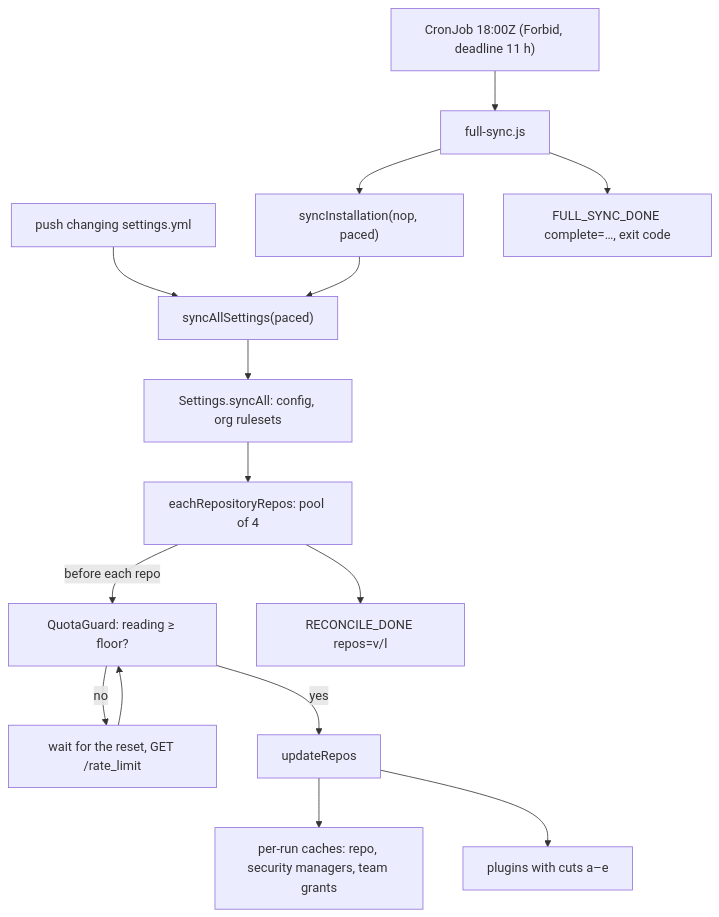
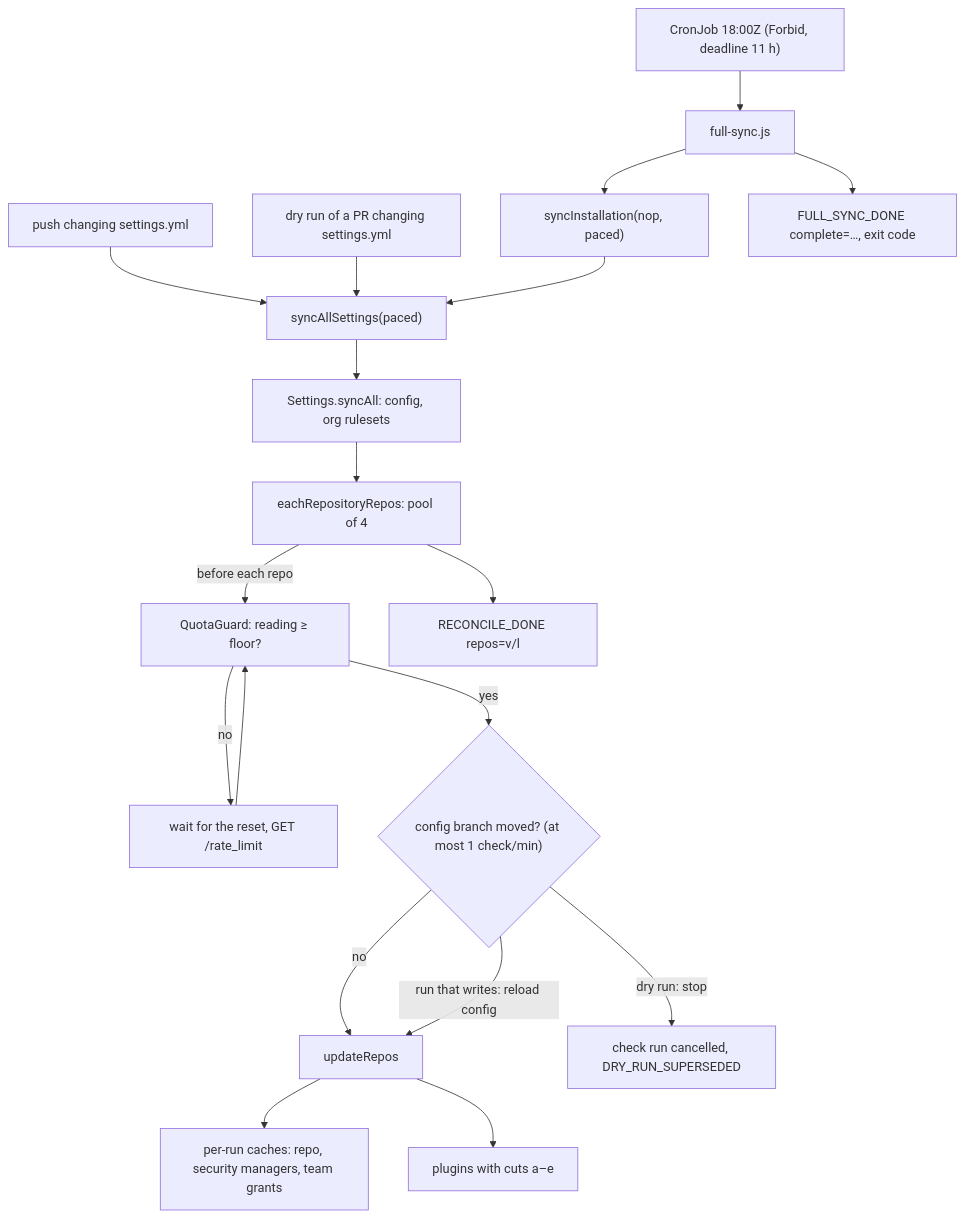
One commit to tomtom-forks/safe-settings changed the third of 4 diagrams in docs/sdlc/changes/2026-11-23-cron-sync-quota/change-design.md. Above: the diagram before and after it, drawn with Mermaid. The commit also changed other lines of this file, not shown here.

First line of the commit message:
docs(cron-quota): pace settings.yml PR dry runs and stop superseded ones

````diff
--- a/docs/sdlc/changes/2026-11-23-cron-sync-quota/change-design.md
+++ b/docs/sdlc/changes/2026-11-23-cron-sync-quota/change-design.md
@@ -273,17 +284,21 @@
 ```mermaid
 flowchart TD
   cj["CronJob 18:00Z (Forbid, deadline 11 h)"] --> fs["full-sync.js"]
   fs --> si["syncInstallation(nop, paced)"]
   push["push changing settings.yml"] --> sas["syncAllSettings(paced)"]
+  dry["dry run of a PR changing settings.yml"] --> sas
   si --> sas
   sas --> sa["Settings.syncAll: config, org rulesets"]
   sa --> loop["eachRepositoryRepos: pool of 4"]
   loop -->|"before each repo"| g["QuotaGuard: reading ≥ floor?"]
   g -->|"no"| wait["wait for the reset, GET /rate_limit"]
   wait --> g
-  g -->|"yes"| ur["updateRepos"]
+  g -->|"yes"| hc{"config branch moved? (at most 1 check/min)"}
+  hc -->|"no"| ur["updateRepos"]
+  hc -->|"run that writes: reload config"| ur
+  hc -->|"dry run: stop"| sup["check run cancelled, DRY_RUN_SUPERSEDED"]
   ur --> cache["per-run caches: repo, security managers, team grants"]
   ur --> plugins["plugins with cuts a–e"]
   loop --> done["RECONCILE_DONE repos=v/l"]
   fs --> fsd["FULL_SYNC_DONE complete=…, exit code"]
 ```
````
